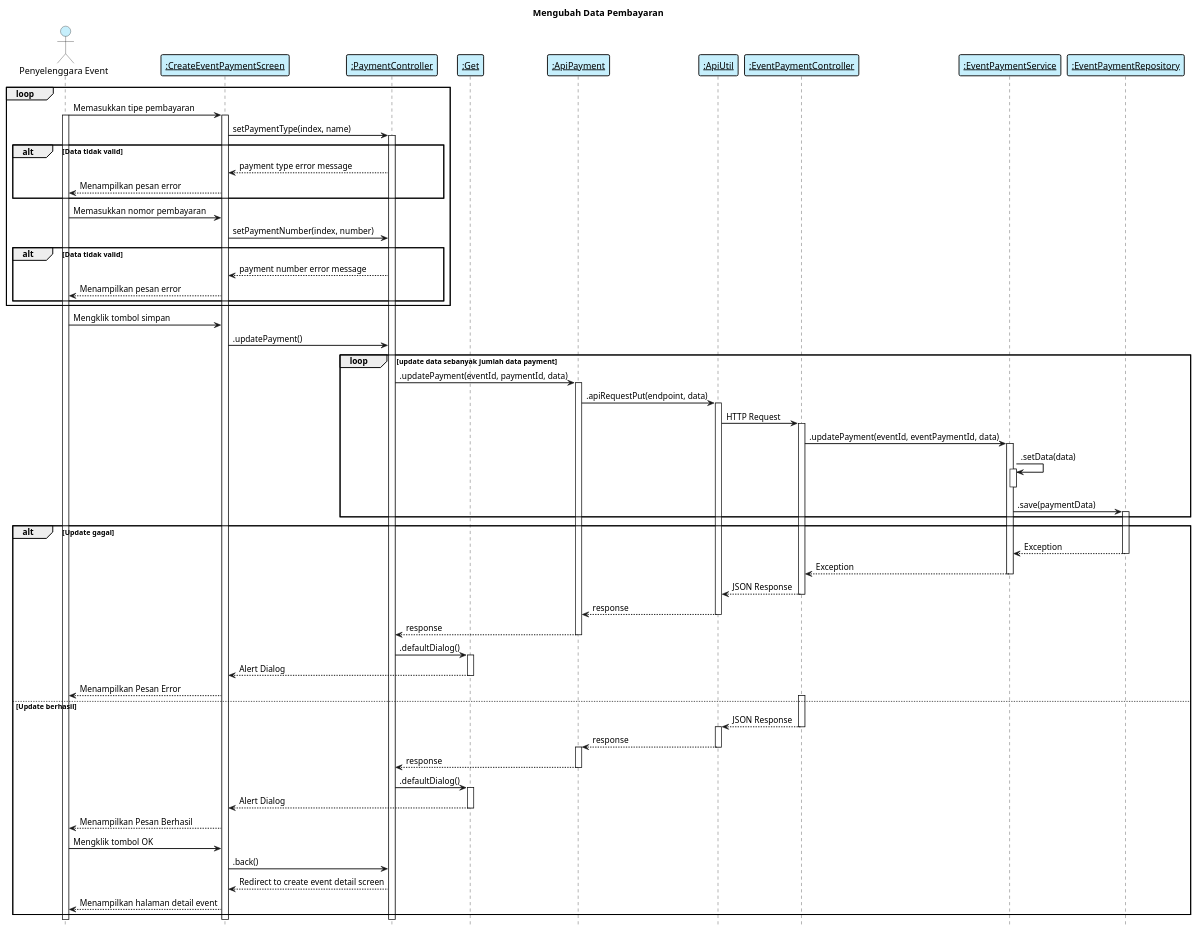
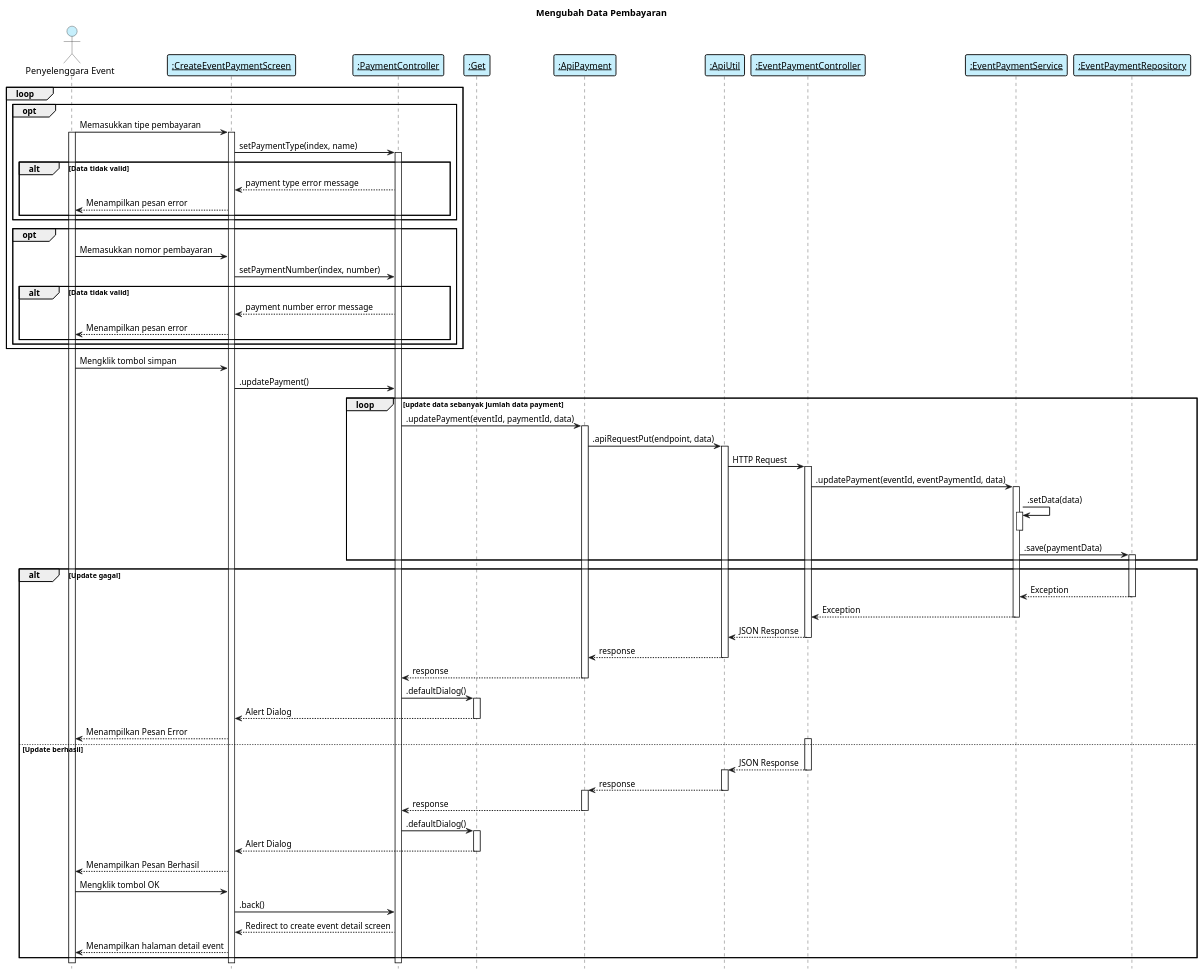
The diagram in edit data pembayaran.wsd (irfanfarras10/myevent-sequence), drawn with PlantUML before and after one commit.

Commit message:
fix edit payment

```diff
--- a/edit data pembayaran.wsd
+++ b/edit data pembayaran.wsd
@@ -1,102 +1,106 @@
 @startuml edit data pembayaran
 
     title "Mengubah Data Pembayaran"
     hide footbox
     skinparam shadowing false
     skinparam sequence {    
         ArrowThickness 1.5
         ActorFontName Century Gothic
         ActorBackgroundColor  #C6EFFC
         ArrowFontName Century Gothic
         ParticipantBorderThickness 1.5
         ParticipantBackgroundColor #C6EFFC
     }
 
     actor "Penyelenggara Event" as eo
     participant "__:CreateEventPaymentScreen__" as viewPayment
     participant "__:PaymentController__" as controllerPayment
     participant "__:Get__" as libGet
     participant "__:ApiPayment__" as apiPayment
     participant "__:ApiUtil__" as apiUtil
     participant "__:EventPaymentController__" as controllerPaymentBackend
     participant "__:EventPaymentService__" as servicePayment
     participant "__:EventPaymentRepository__" as repositoryPayment
     
     loop
-        eo -> viewPayment: Memasukkan tipe pembayaran
-        activate eo
-        activate viewPayment
-        viewPayment -> controllerPayment: setPaymentType(index, name)
-        activate controllerPayment
-        alt Data tidak valid
-            controllerPayment --> viewPayment: payment type error message
-            viewPayment --> eo: Menampilkan pesan error
+        opt
+            eo -> viewPayment: Memasukkan tipe pembayaran
+            activate eo
+            activate viewPayment
+            viewPayment -> controllerPayment: setPaymentType(index, name)
+            activate controllerPayment
+            alt Data tidak valid
+                controllerPayment --> viewPayment: payment type error message
+                viewPayment --> eo: Menampilkan pesan error
+            end
         end
 
-        eo -> viewPayment: Memasukkan nomor pembayaran
-        viewPayment -> controllerPayment: setPaymentNumber(index, number)
-        alt Data tidak valid
-            controllerPayment --> viewPayment: payment number error message
-            viewPayment --> eo: Menampilkan pesan error
+        opt
+            eo -> viewPayment: Memasukkan nomor pembayaran
+            viewPayment -> controllerPayment: setPaymentNumber(index, number)
+            alt Data tidak valid
+                controllerPayment --> viewPayment: payment number error message
+                viewPayment --> eo: Menampilkan pesan error
+            end
         end
     end
 
     eo -> viewPayment : Mengklik tombol simpan
     viewPayment -> controllerPayment: .updatePayment()
 
     loop update data sebanyak jumlah data payment
         controllerPayment -> apiPayment: .updatePayment(eventId, paymentId, data)
         activate apiPayment
         apiPayment -> apiUtil: .apiRequestPut(endpoint, data)
         activate apiUtil
         apiUtil -> controllerPaymentBackend: HTTP Request
         activate controllerPaymentBackend
         controllerPaymentBackend -> servicePayment: .updatePayment(eventId, eventPaymentId, data)
         activate servicePayment
         servicePayment -> servicePayment: .setData(data)
         activate servicePayment
         deactivate servicePayment
         servicePayment -> repositoryPayment: .save(paymentData)
         activate repositoryPayment
     end
 
      alt Update gagal
             repositoryPayment --> servicePayment: Exception
             deactivate 
             servicePayment --> controllerPaymentBackend: Exception
             deactivate 
             controllerPaymentBackend --> apiUtil: JSON Response
             deactivate 
             apiUtil --> apiPayment: response 
             deactivate 
             apiPayment --> controllerPayment: response 
             deactivate 
             controllerPayment -> libGet: .defaultDialog()
             activate libGet
             libGet --> viewPayment: Alert Dialog
             deactivate libGet
             viewPayment --> eo: Menampilkan Pesan Error
         else Update berhasil
             activate controllerPaymentBackend
             controllerPaymentBackend --> apiUtil: JSON Response
             deactivate controllerPaymentBackend
             activate apiUtil
             apiUtil --> apiPayment: response
             deactivate apiUtil
             activate apiPayment
             apiPayment --> controllerPayment: response
             deactivate apiPayment
             controllerPayment -> libGet: .defaultDialog()
             activate libGet
             libGet --> viewPayment: Alert Dialog
             deactivate libGet
             viewPayment --> eo: Menampilkan Pesan Berhasil
             eo -> viewPayment: Mengklik tombol OK
            
             viewPayment -> controllerPayment: .back()
             controllerPayment --> viewPayment: Redirect to create event detail screen
             viewPayment --> eo: Menampilkan halaman detail event
 
         end
 
 @enduml
```
